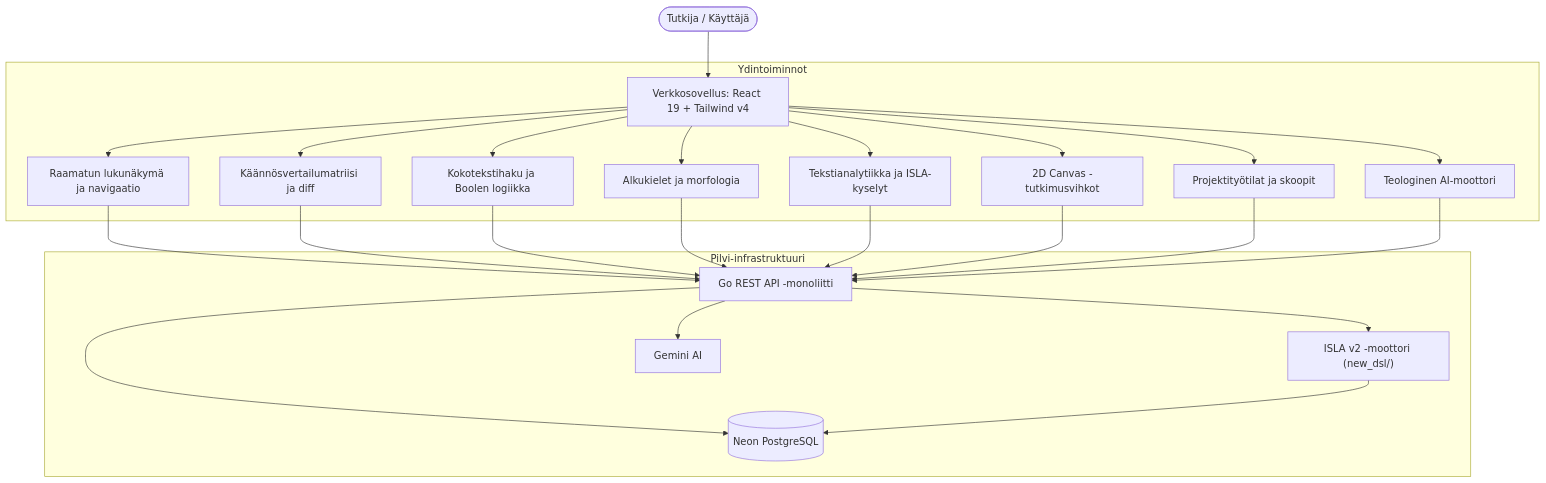
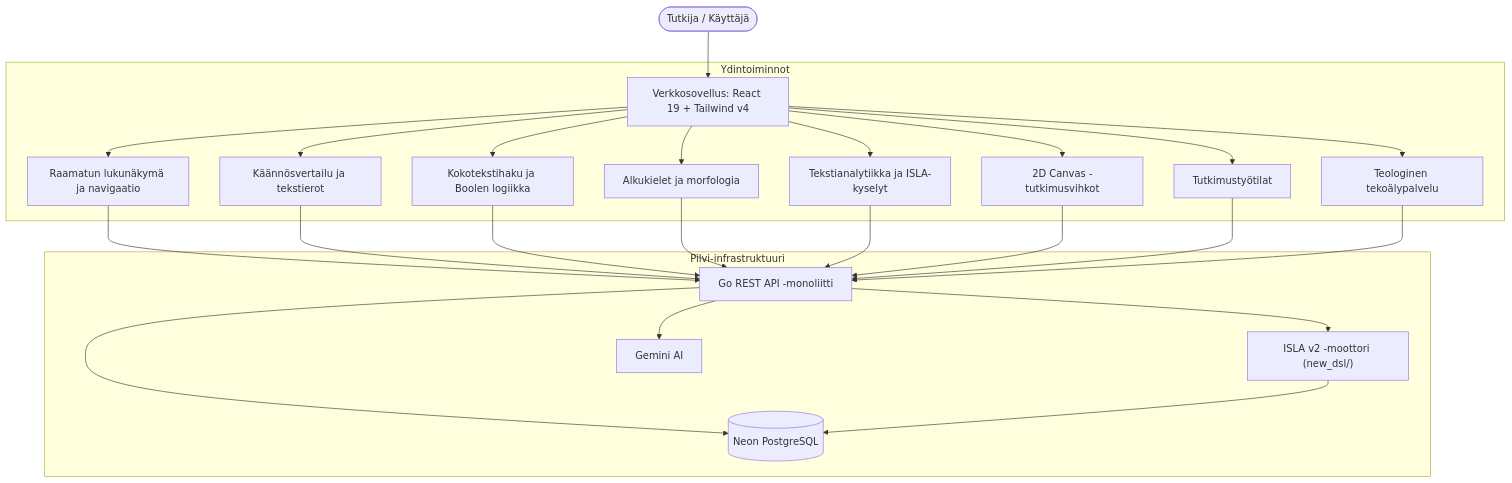
The diagram in docs/fi/index.md (mvirtai/clible-v3-go), drawn with Mermaid before and after one commit. The commit also changed other lines of this file and 21 other files, not shown here.

````diff
--- a/docs/fi/index.md
+++ b/docs/fi/index.md
@@ -81,23 +80,23 @@
 ```mermaid
 graph TD
     User(["Tutkija / Käyttäjä"]) --> UI["Verkkosovellus: React 19 + Tailwind v4"]
 
     subgraph Core_Features ["Ydintoiminnot"]
         UI --> R["Raamatun lukunäkymä ja navigaatio"]
-        UI --> C["Käännösvertailumatriisi ja diff"]
+        UI --> C["Käännösvertailu ja tekstierot"]
         UI --> S["Kokotekstihaku ja Boolen logiikka"]
         UI --> O["Alkukielet ja morfologia"]
         UI --> A["Tekstianalytiikka ja ISLA-kyselyt"]
         UI --> N["2D Canvas -tutkimusvihkot"]
-        UI --> W["Projektityötilat ja skoopit"]
-        UI --> AI["Teologinen AI-moottori"]
+        UI --> W["Tutkimustyötilat"]
+        UI --> AI["Teologinen tekoälypalvelu"]
     end
 
     subgraph Cloud_Infrastructure ["Pilvi-infrastruktuuri"]
         R & C & S & O & A & N & W & AI --> API["Go REST API -monoliitti"]
         API --> ISLA["ISLA v2 -moottori (new_dsl/)"]
         API --> DB[("Neon PostgreSQL")]
         API --> AICloud["Gemini AI"]
         ISLA --> DB
     end
 ```
````
